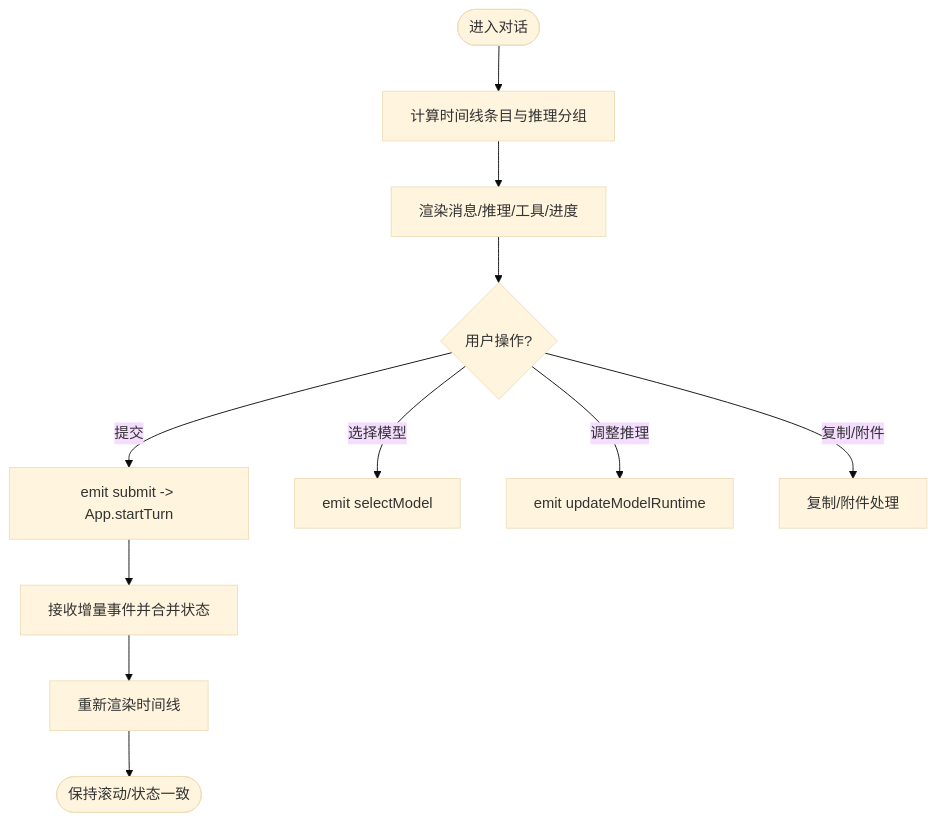
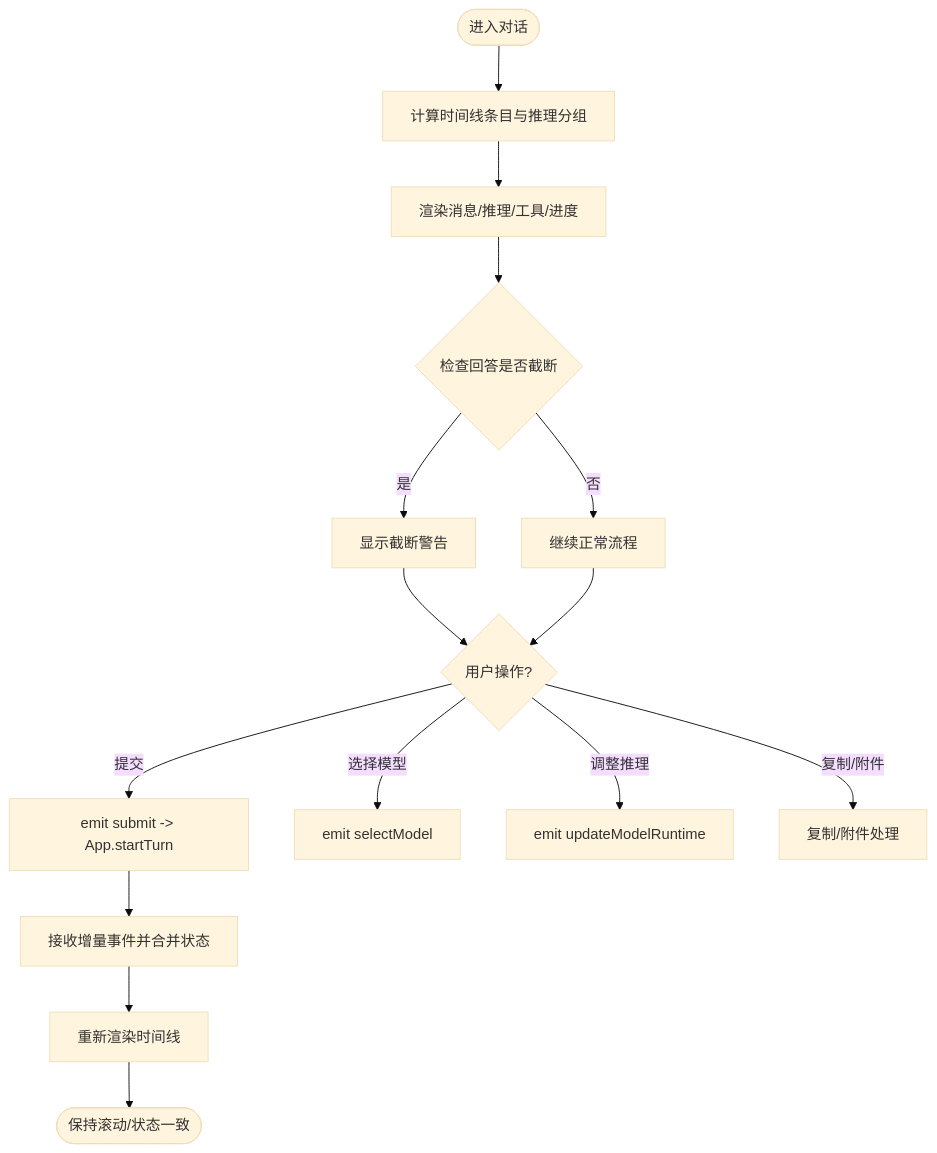
One commit to dyx-9163/ai-aifar changed the third of 4 diagrams in .qoder/repowiki/zh/content/核心模块/渲染进程/渲染进程.md. Above: the diagram before and after it, drawn with Mermaid (base theme). The commit also changed other lines of this file and 37 other files, not shown here.

````diff
--- a/.qoder/repowiki/zh/content/核心模块/渲染进程/渲染进程.md
+++ b/.qoder/repowiki/zh/content/核心模块/渲染进程/渲染进程.md
@@ -128,13 +164,17 @@
 ```mermaid
 flowchart TD
 Start(["进入对话"]) --> Compute["计算时间线条目与推理分组"]
 Compute --> Render["渲染消息/推理/工具/进度"]
-Render --> UserAction{"用户操作?"}
+Render --> CheckTruncated{"检查回答是否截断"}
+CheckTruncated --> |是| ShowWarning["显示截断警告"]
+CheckTruncated --> |否| Continue["继续正常流程"]
+ShowWarning --> UserAction{"用户操作?"}
+Continue --> UserAction
 UserAction --> |提交| Submit["emit submit -> App.startTurn"]
 UserAction --> |选择模型| ModelSel["emit selectModel"]
 UserAction --> |调整推理| RuntimePatch["emit updateModelRuntime"]
 UserAction --> |复制/附件| UX["复制/附件处理"]
 Submit --> Stream["接收增量事件并合并状态"]
 Stream --> Update["重新渲染时间线"]
 Update --> End(["保持滚动/状态一致"])
 ```
````
